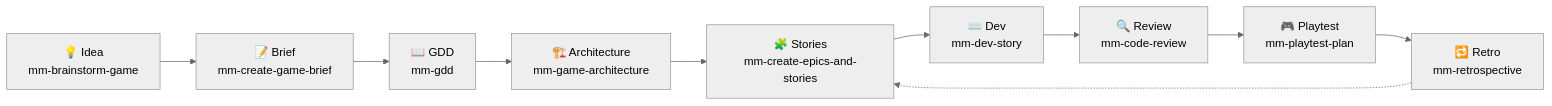
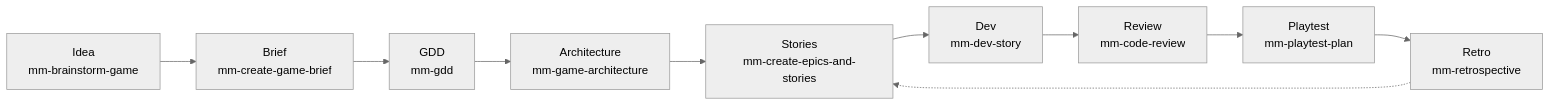
Before and after one commit to AidenKim923/MonkeyMode: the diagram in README.de.md, drawn with Mermaid (neutral theme). The commit also changed other lines of this file and 21 other files, not shown here.

````diff
--- a/README.de.md
+++ b/README.de.md
@@ -92,12 +92,12 @@
 ```mermaid
 flowchart LR
-    A["💡 Idea<br/>mm-brainstorm-game"] --> B["📝 Brief<br/>mm-create-game-brief"]
-    B --> C["📖 GDD<br/>mm-gdd"]
-    C --> D["🏗️ Architecture<br/>mm-game-architecture"]
-    D --> E["🧩 Stories<br/>mm-create-epics-and-stories"]
-    E --> F["⌨️ Dev<br/>mm-dev-story"]
-    F --> G["🔍 Review<br/>mm-code-review"]
-    G --> H["🎮 Playtest<br/>mm-playtest-plan"]
-    H --> I["🔁 Retro<br/>mm-retrospective"]
+    A["Idea<br/>mm-brainstorm-game"] --> B["Brief<br/>mm-create-game-brief"]
+    B --> C["GDD<br/>mm-gdd"]
+    C --> D["Architecture<br/>mm-game-architecture"]
+    D --> E["Stories<br/>mm-create-epics-and-stories"]
+    E --> F["Dev<br/>mm-dev-story"]
+    F --> G["Review<br/>mm-code-review"]
+    G --> H["Playtest<br/>mm-playtest-plan"]
+    H --> I["Retro<br/>mm-retrospective"]
     I -.-> E
 ```
````
